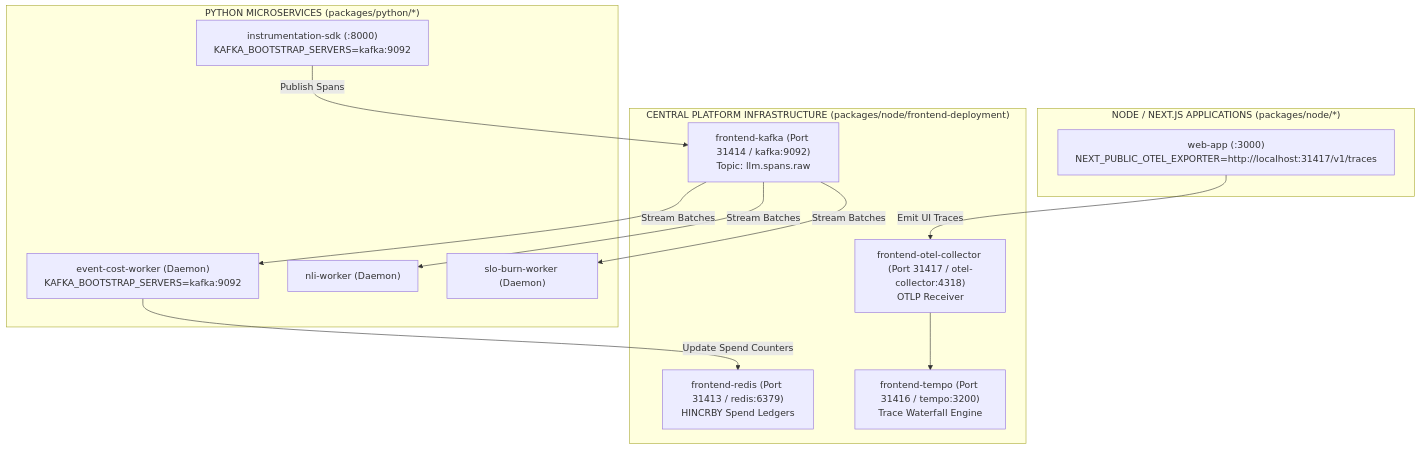
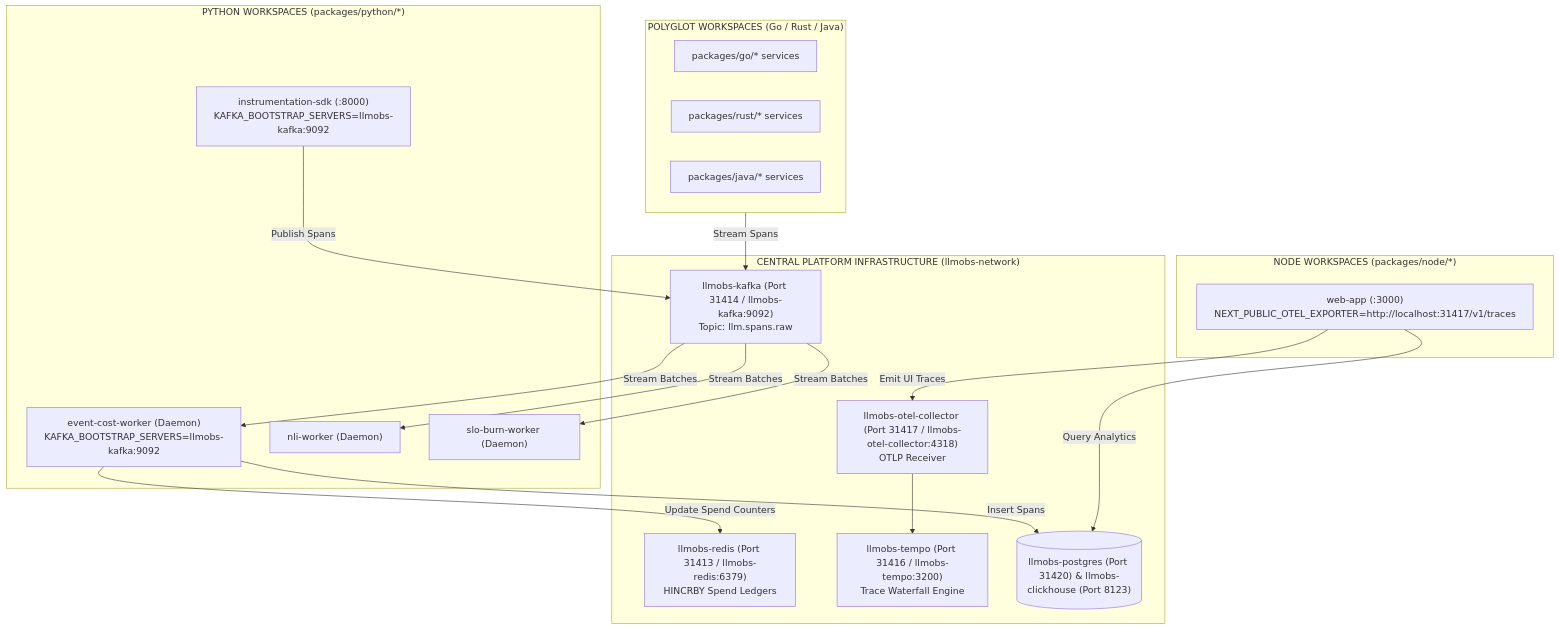
One commit to Chief-Strategist-J/llm-observability-platform changed the diagram in policies/rules/networks/docker-infrastructure-and-deployment-policy.md. Above: the diagram before and after it, drawn with Mermaid. The commit also changed other lines of this file, not shown here.

Commit message:
docs(policies): expand Universal Docker Infrastructure Policy with llmobs-* service names, full environment dictionary, and polyglot workspace rules

````diff
--- a/policies/rules/networks/docker-infrastructure-and-deployment-policy.md
+++ b/policies/rules/networks/docker-infrastructure-and-deployment-policy.md
@@ -38,28 +99,38 @@
 ```mermaid
 flowchart TD
-    subgraph SharedInfra["CENTRAL PLATFORM INFRASTRUCTURE (packages/node/frontend-deployment)"]
-        SharedKafka["frontend-kafka (Port 31414 / kafka:9092)\nTopic: llm.spans.raw"]
-        SharedRedis["frontend-redis (Port 31413 / redis:6379)\nHINCRBY Spend Ledgers"]
-        SharedOtel["frontend-otel-collector (Port 31417 / otel-collector:4318)\nOTLP Receiver"]
-        SharedTempo["frontend-tempo (Port 31416 / tempo:3200)\nTrace Waterfall Engine"]
+    subgraph CentralInfra["CENTRAL PLATFORM INFRASTRUCTURE (llmobs-network)"]
+        SharedKafka["llmobs-kafka (Port 31414 / llmobs-kafka:9092)\nTopic: llm.spans.raw"]
+        SharedRedis["llmobs-redis (Port 31413 / llmobs-redis:6379)\nHINCRBY Spend Ledgers"]
+        SharedOtel["llmobs-otel-collector (Port 31417 / llmobs-otel-collector:4318)\nOTLP Receiver"]
+        SharedTempo["llmobs-tempo (Port 31416 / llmobs-tempo:3200)\nTrace Waterfall Engine"]
+        SharedDB[("llmobs-postgres (Port 31420) & llmobs-clickhouse (Port 8123)")]
     end
 
-    subgraph PythonMicroservices["PYTHON MICROSERVICES (packages/python/*)"]
-        SDK["instrumentation-sdk (:8000)\nKAFKA_BOOTSTRAP_SERVERS=kafka:9092"]
-        CostWorker["event-cost-worker (Daemon)\nKAFKA_BOOTSTRAP_SERVERS=kafka:9092"]
+    subgraph PythonServices["PYTHON WORKSPACES (packages/python/*)"]
+        SDK["instrumentation-sdk (:8000)\nKAFKA_BOOTSTRAP_SERVERS=llmobs-kafka:9092"]
+        CostWorker["event-cost-worker (Daemon)\nKAFKA_BOOTSTRAP_SERVERS=llmobs-kafka:9092"]
         NliWorker["nli-worker (Daemon)"]
         SloWorker["slo-burn-worker (Daemon)"]
     end
 
-    subgraph NodeMicroservices["NODE / NEXT.JS APPLICATIONS (packages/node/*)"]
+    subgraph NodeServices["NODE WORKSPACES (packages/node/*)"]
         WebApp["web-app (:3000)\nNEXT_PUBLIC_OTEL_EXPORTER=http://localhost:31417/v1/traces"]
+    end
+
+    subgraph PolyglotServices["POLYGLOT WORKSPACES (Go / Rust / Java)"]
+        GoService["packages/go/* services"]
+        RustService["packages/rust/* services"]
+        JavaService["packages/java/* services"]
     end
 
     SDK -->|Publish Spans| SharedKafka
     SharedKafka -->|Stream Batches| CostWorker
     SharedKafka -->|Stream Batches| NliWorker
     SharedKafka -->|Stream Batches| SloWorker
+    PolyglotServices -->|Stream Spans| SharedKafka
     CostWorker -->|Update Spend Counters| SharedRedis
+    CostWorker -->|Insert Spans| SharedDB
     WebApp -->|Emit UI Traces| SharedOtel
     SharedOtel --> SharedTempo
+    WebApp -->|Query Analytics| SharedDB
 ```
````
